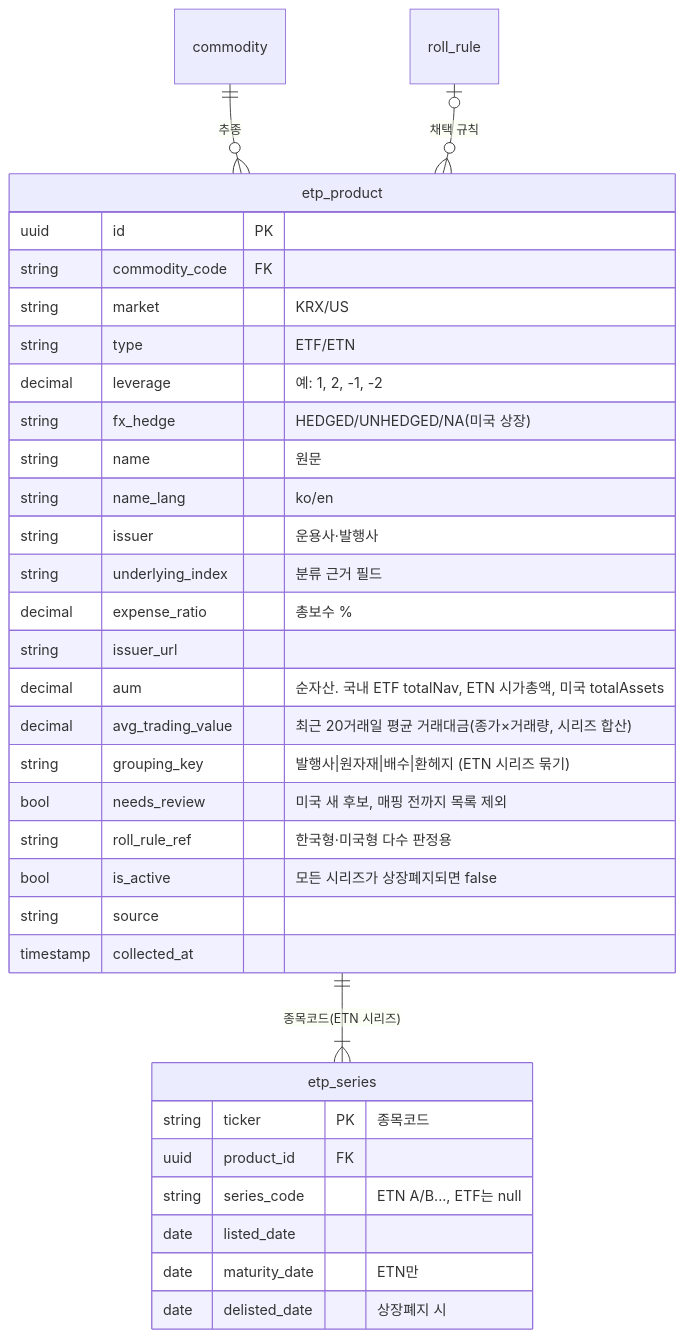
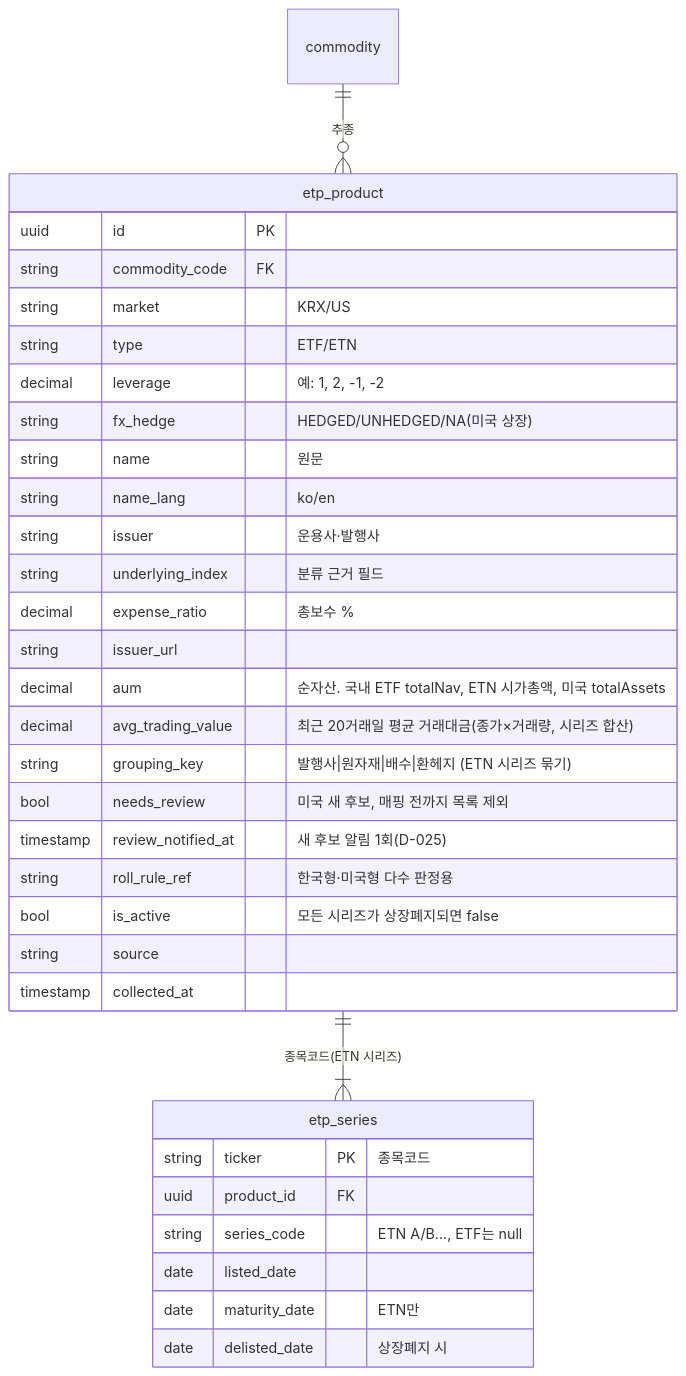
The second of 3 diagrams in docs/data-model.md (seyoun10/futureETP), drawn with Mermaid before and after one commit. The commit also changed other lines of this file and 4 other files, not shown here.

Commit message:
docs: add settlement wait, push retry, majority change, and ETP review alert rules (D-022~D-025)

````diff
--- a/docs/data-model.md
+++ b/docs/data-model.md
@@ -179,37 +181,37 @@
 ```mermaid
 erDiagram
     commodity ||--o{ etp_product : "추종"
     etp_product ||--|{ etp_series : "종목코드(ETN 시리즈)"
-    roll_rule |o--o{ etp_product : "채택 규칙"
 
     etp_product {
         uuid id PK
         string commodity_code FK
         string market "KRX/US"
         string type "ETF/ETN"
         decimal leverage "예: 1, 2, -1, -2"
         string fx_hedge "HEDGED/UNHEDGED/NA(미국 상장)"
         string name "원문"
         string name_lang "ko/en"
         string issuer "운용사·발행사"
         string underlying_index "분류 근거 필드"
         decimal expense_ratio "총보수 %"
         string issuer_url
         decimal aum "순자산. 국내 ETF totalNav, ETN 시가총액, 미국 totalAssets"
         decimal avg_trading_value "최근 20거래일 평균 거래대금(종가×거래량, 시리즈 합산)"
         string grouping_key "발행사|원자재|배수|환헤지 (ETN 시리즈 묶기)"
         bool needs_review "미국 새 후보, 매핑 전까지 목록 제외"
+        timestamp review_notified_at "새 후보 알림 1회(D-025)"
         string roll_rule_ref "한국형·미국형 다수 판정용"
         bool is_active "모든 시리즈가 상장폐지되면 false"
         string source
         timestamp collected_at
     }
     etp_series {
         string ticker PK "종목코드"
         uuid product_id FK
         string series_code "ETN A/B..., ETF는 null"
         date listed_date
         date maturity_date "ETN만"
         date delisted_date "상장폐지 시"
     }
 ```
````
